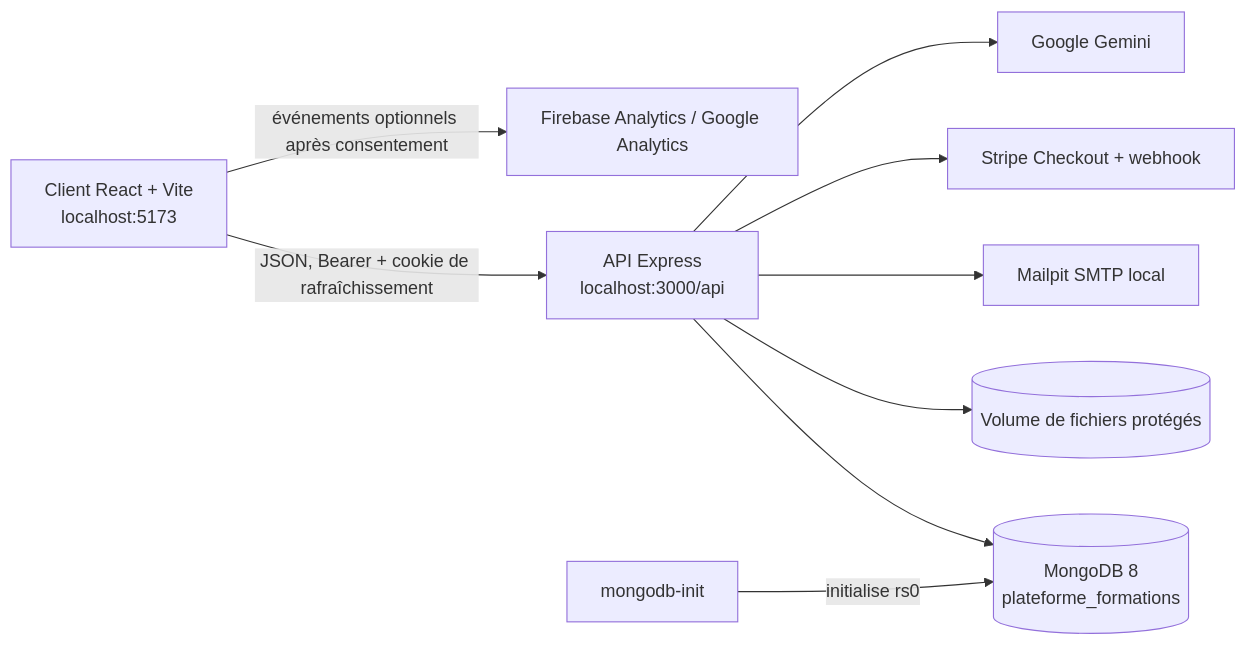
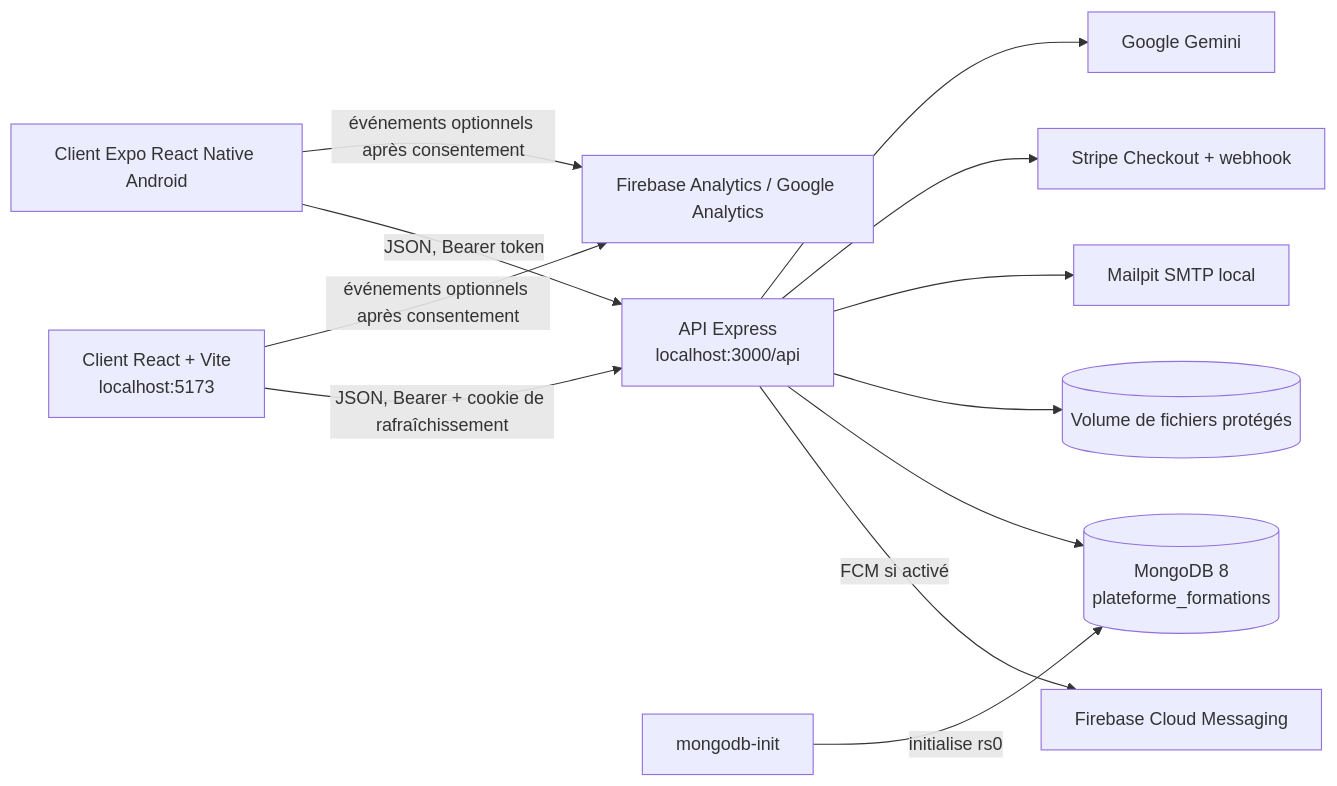
The first of 10 diagrams in Docs/Rapport de projet v2 - version definitive.md (adambsr/Plateforme_Formations), drawn with Mermaid before and after one commit. The commit also changed other lines of this file and 15 other files, not shown here.

Commit message:
Fixed package-lock.json and updated documentation to reflect the new architecture. Removed outdated AI-related documents and added new architecture documents for mobile and web platforms.

````diff
--- a/Docs/Rapport de projet v2 - version definitive.md
+++ b/Docs/Rapport de projet v2 - version definitive.md
@@ -121,11 +122,14 @@
 ```mermaid
 flowchart LR
   Browser[Client React + Vite\nlocalhost:5173] -->|JSON, Bearer + cookie de rafraîchissement| API[API Express\nlocalhost:3000/api]
   Browser -->|événements optionnels après consentement| Analytics[Firebase Analytics / Google Analytics]
+  Mobile[Client Expo React Native Android] -->|JSON, Bearer token| API
+  Mobile -->|événements optionnels après consentement| Analytics
+  API -->|FCM si activé| FCM[Firebase Cloud Messaging]
   API --> DB[(MongoDB 8\nplateforme_formations)]
   API --> Storage[(Volume de fichiers protégés)]
   API --> Mail[Mailpit SMTP local]
   API --> Stripe[Stripe Checkout + webhook]
   API --> Gemini[Google Gemini]
   Init[mongodb-init] -->|initialise rs0| DB
 ```
````
